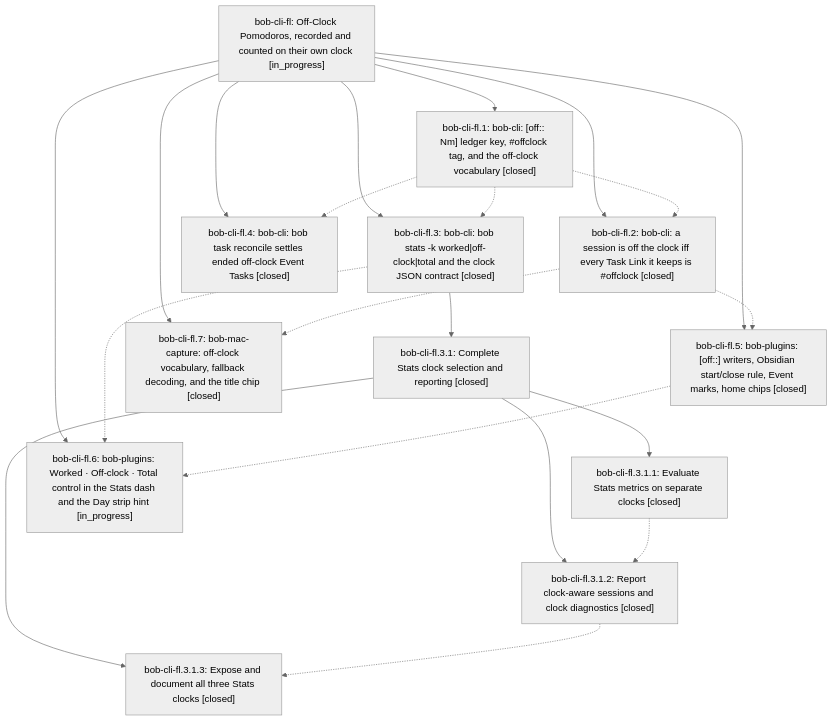
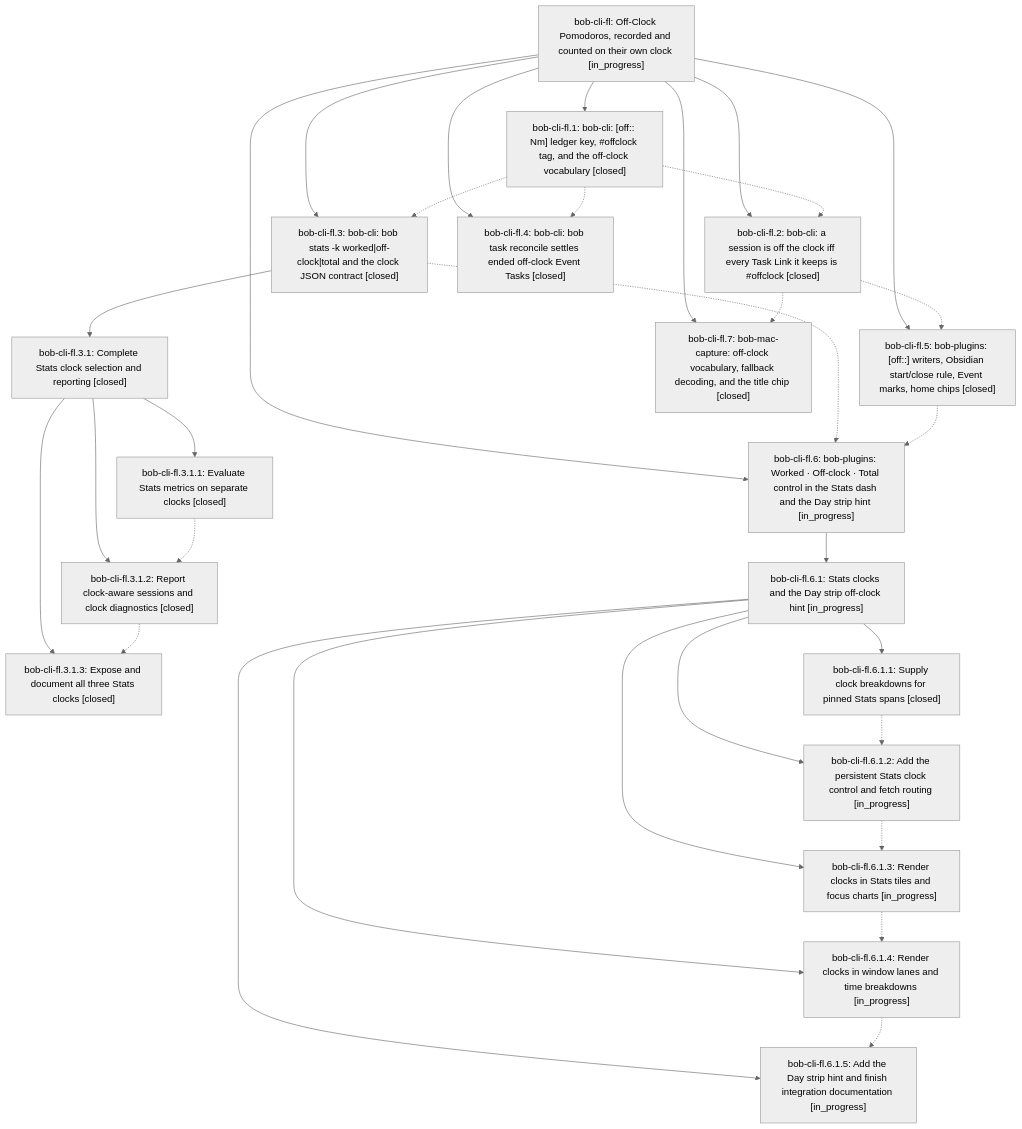
Before and after one commit to bobs-org/bob-cli--beads: the diagram in pages/bob-cli-fl/README.md, drawn with Mermaid (neutral theme). The commit also changed other lines of this file and 7 other files, not shown here.

First line of the commit message:
chore(beads): sync bead state and pages for bob-cli-fl

````diff
--- a/pages/bob-cli-fl/README.md
+++ b/pages/bob-cli-fl/README.md
@@ -42,35 +42,51 @@
 ```mermaid
 flowchart TD
     n0["bob-cli-fl: Off-Clock Pomodoros, recorded and counted on their own clock [in_progress]"]
     n1["bob-cli-fl.1: bob-cli: [off:: Nm] ledger key, #offclock tag, and the off-clock vocabulary [closed]"]
     n2["bob-cli-fl.2: bob-cli: a session is off the clock iff every Task Link it keeps is #offclock [closed]"]
     n3["bob-cli-fl.3: bob-cli: bob stats -k worked|off-clock|total and the clock JSON contract [closed]"]
     n4["bob-cli-fl.3.1: Complete Stats clock selection and reporting [closed]"]
     n5["bob-cli-fl.3.1.1: Evaluate Stats metrics on separate clocks [closed]"]
     n6["bob-cli-fl.3.1.2: Report clock-aware sessions and clock diagnostics [closed]"]
     n7["bob-cli-fl.3.1.3: Expose and document all three Stats clocks [closed]"]
     n8["bob-cli-fl.4: bob-cli: bob task reconcile settles ended off-clock Event Tasks [closed]"]
     n9["bob-cli-fl.5: bob-plugins: [off::] writers, Obsidian start/close rule, Event marks, home chips [closed]"]
     n10["bob-cli-fl.6: bob-plugins: Worked · Off-clock · Total control in the Stats dash and the Day strip hint [in_progress]"]
-    n11["bob-cli-fl.7: bob-mac-capture: off-clock vocabulary, fallback decoding, and the title chip [closed]"]
+    n11["bob-cli-fl.6.1: Stats clocks and the Day strip off-clock hint [in_progress]"]
+    n12["bob-cli-fl.6.1.1: Supply clock breakdowns for pinned Stats spans [closed]"]
+    n13["bob-cli-fl.6.1.2: Add the persistent Stats clock control and fetch routing [in_progress]"]
+    n14["bob-cli-fl.6.1.3: Render clocks in Stats tiles and focus charts [in_progress]"]
+    n15["bob-cli-fl.6.1.4: Render clocks in window lanes and time breakdowns [in_progress]"]
+    n16["bob-cli-fl.6.1.5: Add the Day strip hint and finish integration documentation [in_progress]"]
+    n17["bob-cli-fl.7: bob-mac-capture: off-clock vocabulary, fallback decoding, and the title chip [closed]"]
     n0 --> n1
     n0 --> n2
     n0 --> n3
     n3 --> n4
     n4 --> n5
     n4 --> n6
     n4 --> n7
     n0 --> n8
     n0 --> n9
     n0 --> n10
-    n0 --> n11
+    n10 --> n11
+    n11 --> n12
+    n11 --> n13
+    n11 --> n14
+    n11 --> n15
+    n11 --> n16
+    n0 --> n17
     n1 -.-> n2
     n1 -.-> n3
     n1 -.-> n8
     n2 -.-> n9
-    n2 -.-> n11
+    n2 -.-> n17
     n3 -.-> n10
     n5 -.-> n6
     n6 -.-> n7
     n9 -.-> n10
+    n12 -.-> n13
+    n13 -.-> n14
+    n14 -.-> n15
+    n15 -.-> n16
 ```
````
